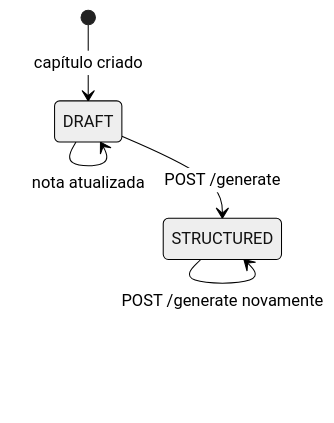
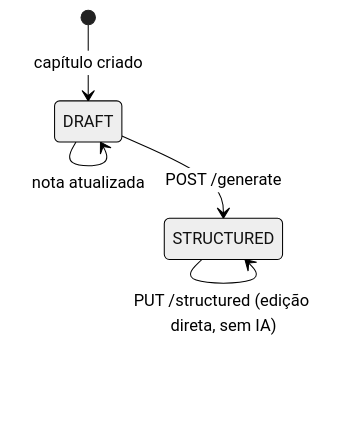
One commit to RgMellon/take-notes-back changed the second of 3 diagrams in README.md. Above: the diagram before and after it, drawn with Mermaid (neutral theme). The commit also changed other lines of this file and 7 other files, not shown here.

First line of the commit message:
feat(structured): add PUT /structured endpoint for direct markdown editing without AI

````diff
--- a/README.md
+++ b/README.md
@@ -31,7 +31,8 @@
 ```mermaid
 stateDiagram-v2
     [*] --> DRAFT : capítulo criado
     DRAFT --> DRAFT : nota atualizada
     DRAFT --> STRUCTURED : POST /generate
     STRUCTURED --> STRUCTURED : POST /generate novamente
+    STRUCTURED --> STRUCTURED : PUT /structured (edição direta, sem IA)
 ```
````
